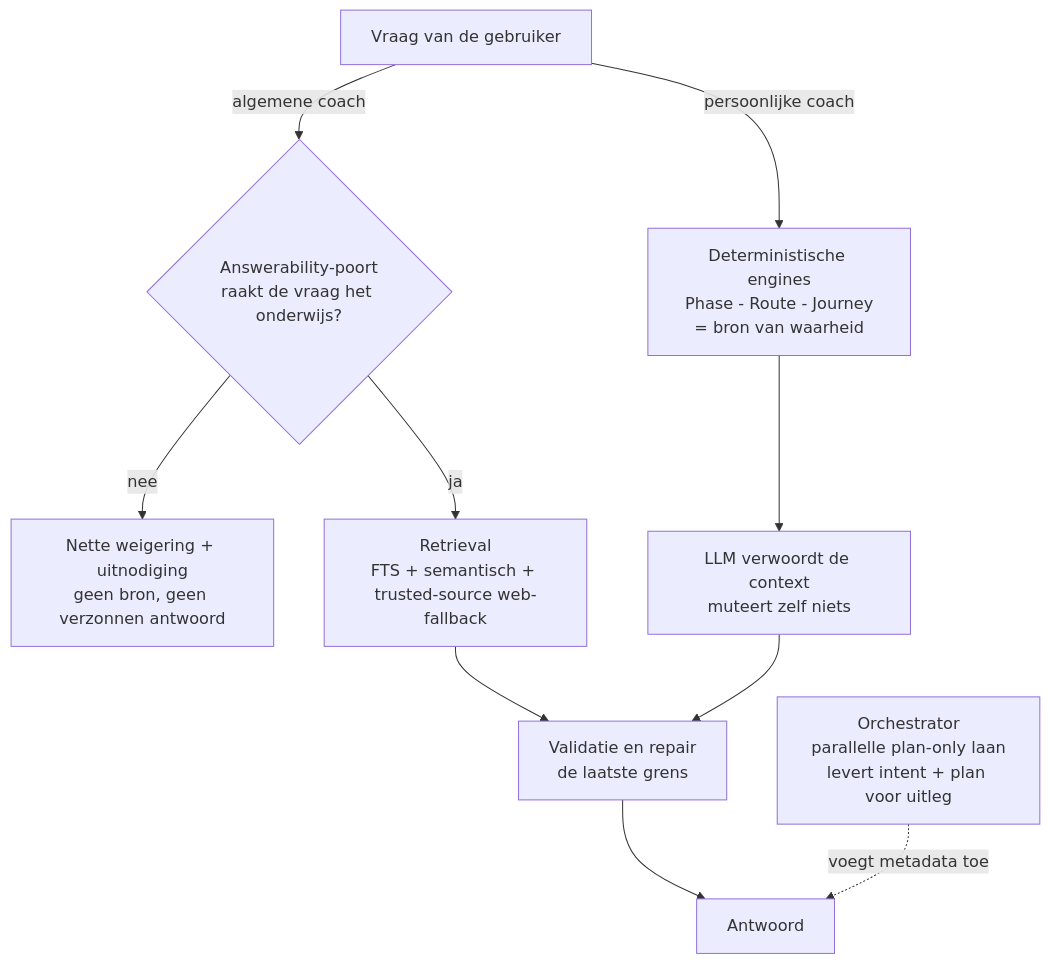
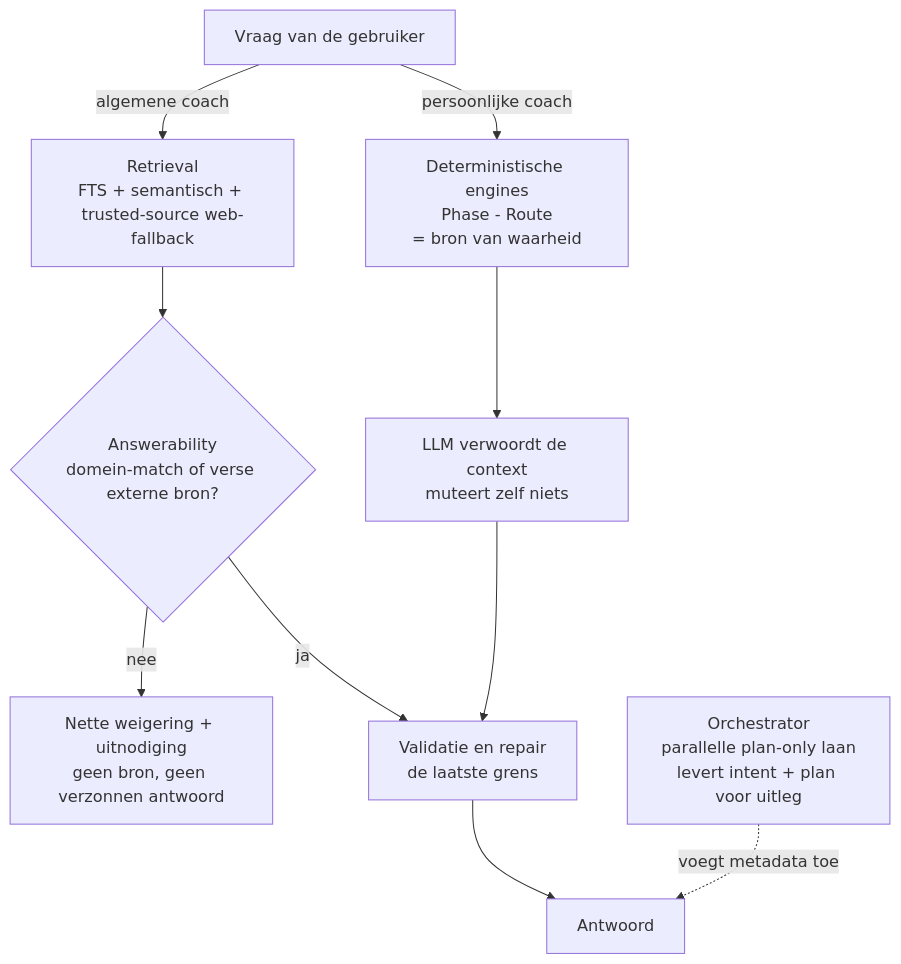
The third of 4 diagrams in README.md (E-AI-MODEL/DoorHot), drawn with Mermaid before and after one commit. The commit also changed other lines of this file, not shown here.

Commit message:
Docs: correct the trust diagram to match the implementation
Two accurate P2 review findings on the diagram merged in #18:

- The answerability check runs after retrieval, not before it, and a fresh
  external (web-fallback) result bypasses the decline. Redraw the general
  coach path as retrieval -> answerability (domain match or fresh external
  source) -> validation, so the diagram no longer promises a gate that
  precedes retrieval.
- PersonalJourneyCoach.respond() invokes the Phase detector and the Route
  Engine, not the Journey Engine. Drop Journey from the deterministic engines
  box and note that journey state runs via the separate journey endpoints,
  not the chat generation path.

Diagram only; no behaviour change.

Claude-Session: https://claude.ai/code/session_01Pxi3MrusFoSvyQvEPMRXjd

````diff
--- a/README.md
+++ b/README.md
@@ -436,17 +436,17 @@
 ```mermaid
 flowchart TD
     Q["Vraag van de gebruiker"]
 
-    Q -->|algemene coach| GATE{"Answerability-poort<br/>raakt de vraag het onderwijs?"}
+    Q -->|algemene coach| RET["Retrieval<br/>FTS + semantisch + trusted-source web-fallback"]
+    RET --> GATE{"Answerability<br/>domein-match of verse externe bron?"}
     GATE -->|nee| DEC["Nette weigering + uitnodiging<br/>geen bron, geen verzonnen antwoord"]
-    GATE -->|ja| RET["Retrieval<br/>FTS + semantisch + trusted-source web-fallback"]
+    GATE -->|ja| VAL
 
-    Q -->|persoonlijke coach| ENG["Deterministische engines<br/>Phase - Route - Journey<br/>= bron van waarheid"]
+    Q -->|persoonlijke coach| ENG["Deterministische engines<br/>Phase - Route<br/>= bron van waarheid"]
     ENG --> LLMP["LLM verwoordt de context<br/>muteert zelf niets"]
+    LLMP --> VAL
 
-    RET --> VAL["Validatie en repair<br/>de laatste grens"]
-    LLMP --> VAL
-    VAL --> ANS["Antwoord"]
+    VAL["Validatie en repair<br/>de laatste grens"] --> ANS["Antwoord"]
 
     ORCH["Orchestrator<br/>parallelle plan-only laan<br/>levert intent + plan voor uitleg"] -.->|voegt metadata toe| ANS
 ```
````
